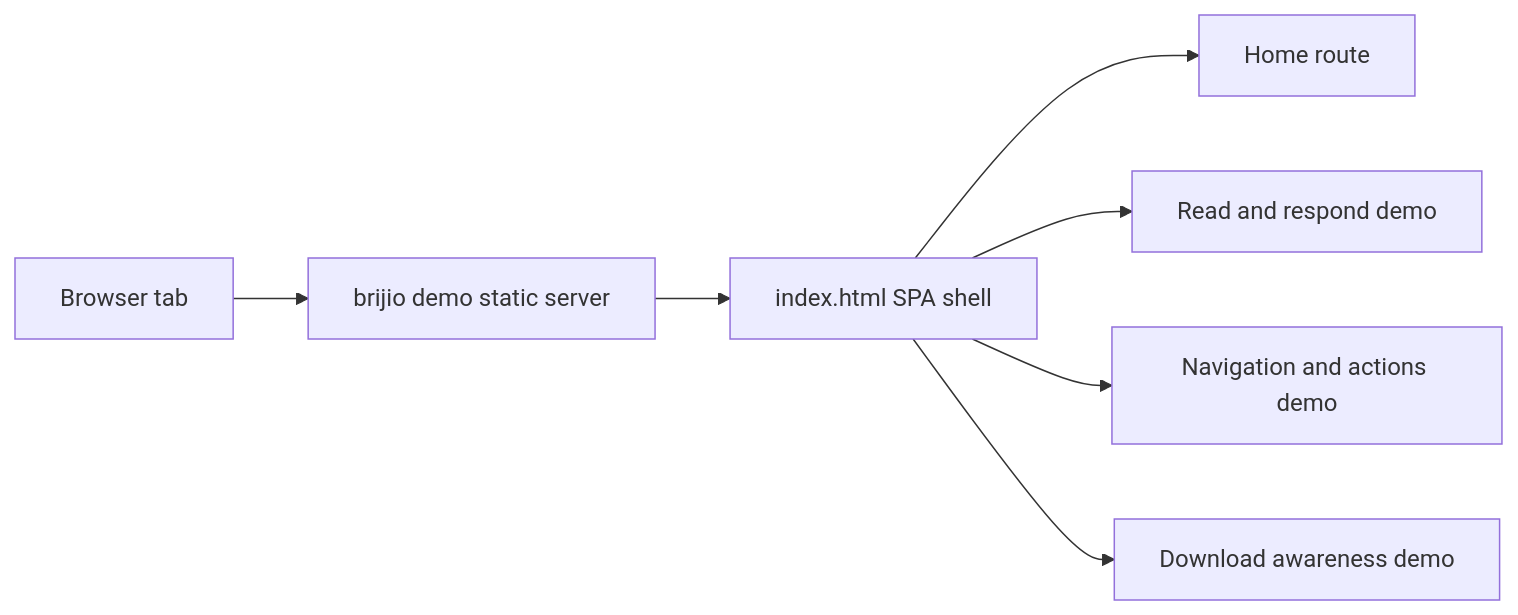
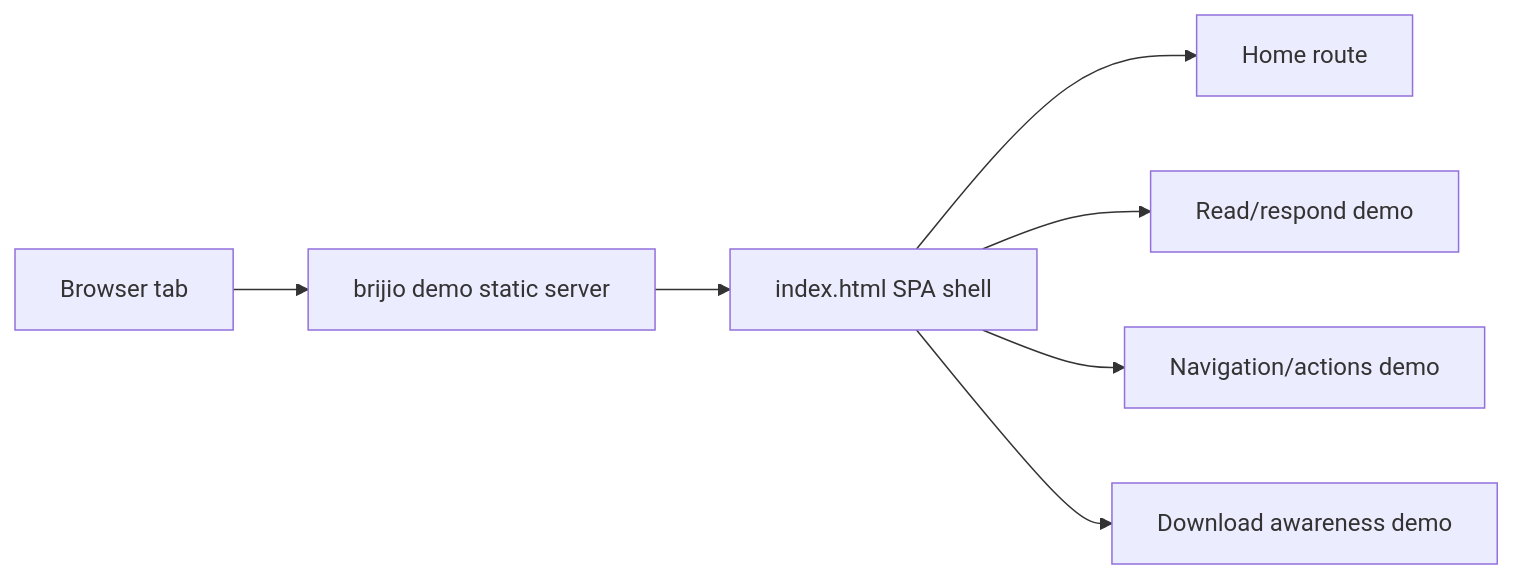
Before and after one commit to redvex/brijio: the first of 2 diagrams in docs/architecture/decisions/0053-demo-site-spa-and-screenshot-polish.md, drawn with Mermaid. The commit also changed other lines of this file and 12 other files, not shown here.

````diff
--- a/docs/architecture/decisions/0053-demo-site-spa-and-screenshot-polish.md
+++ b/docs/architecture/decisions/0053-demo-site-spa-and-screenshot-polish.md
@@ -15,9 +28,9 @@
 ```mermaid
 flowchart LR
   Browser[Browser tab] --> Demo[brijio demo static server]
   Demo --> Shell[index.html SPA shell]
   Shell --> Home[Home route]
-  Shell --> Read[Read and respond demo]
-  Shell --> Nav[Navigation and actions demo]
+  Shell --> Read[Read/respond demo]
+  Shell --> Nav[Navigation/actions demo]
   Shell --> Download[Download awareness demo]
 ```
````
